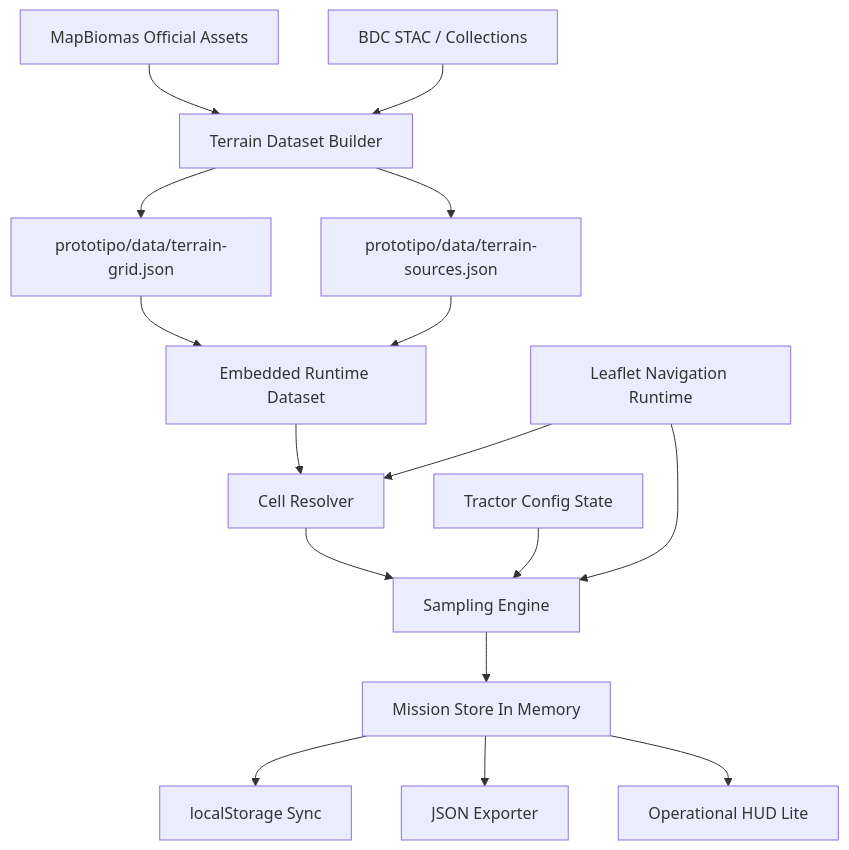
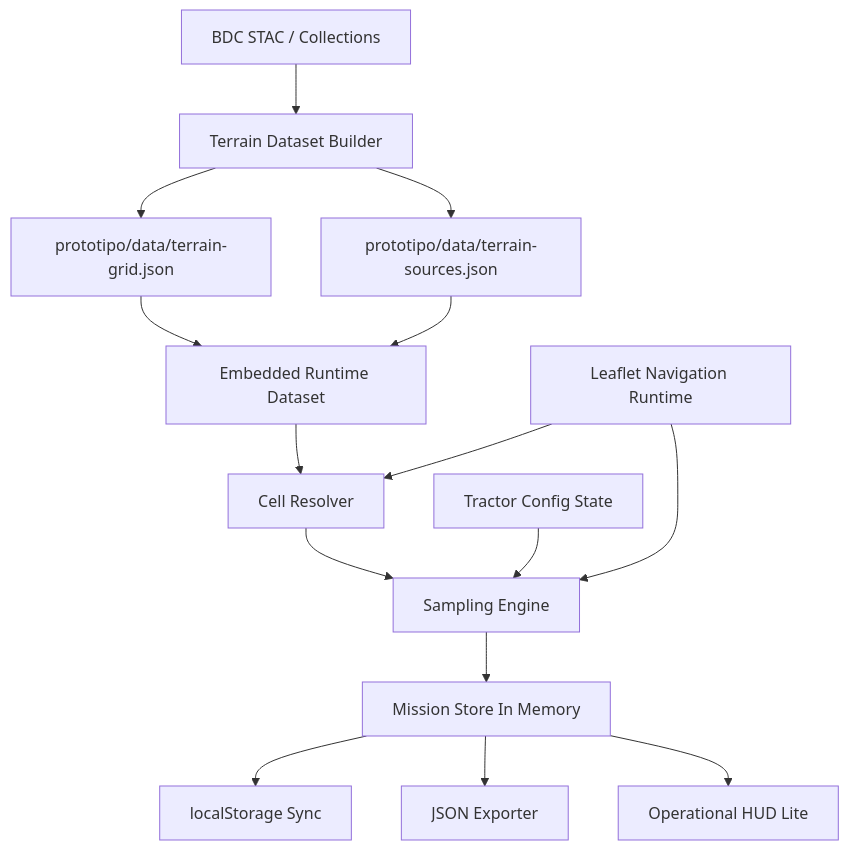
Before and after one commit to Gabriel-Goes/SoloCompactado-IPT: the diagram in .specs/features/sprint-2-coleta-variaveis/design.md, drawn with Mermaid. The commit also changed other lines of this file and 8 other files, not shown here.

````diff
--- a/.specs/features/sprint-2-coleta-variaveis/design.md
+++ b/.specs/features/sprint-2-coleta-variaveis/design.md
@@ -24,18 +24,17 @@
 ```mermaid
 graph TD
-    A[MapBiomas Official Assets] --> B[Terrain Dataset Builder]
-    C[BDC STAC / Collections] --> B
+    A[BDC STAC / Collections] --> B[Terrain Dataset Builder]
     B --> D[prototipo/data/terrain-grid.json]
     B --> E[prototipo/data/terrain-sources.json]
     D --> F[Embedded Runtime Dataset]
     E --> F
     G[Leaflet Navigation Runtime] --> H[Cell Resolver]
     F --> H
     I[Tractor Config State] --> J[Sampling Engine]
     H --> J
     G --> J
     J --> K[Mission Store In Memory]
     K --> L[localStorage Sync]
     K --> M[JSON Exporter]
     K --> N[Operational HUD Lite]
 ```
````
